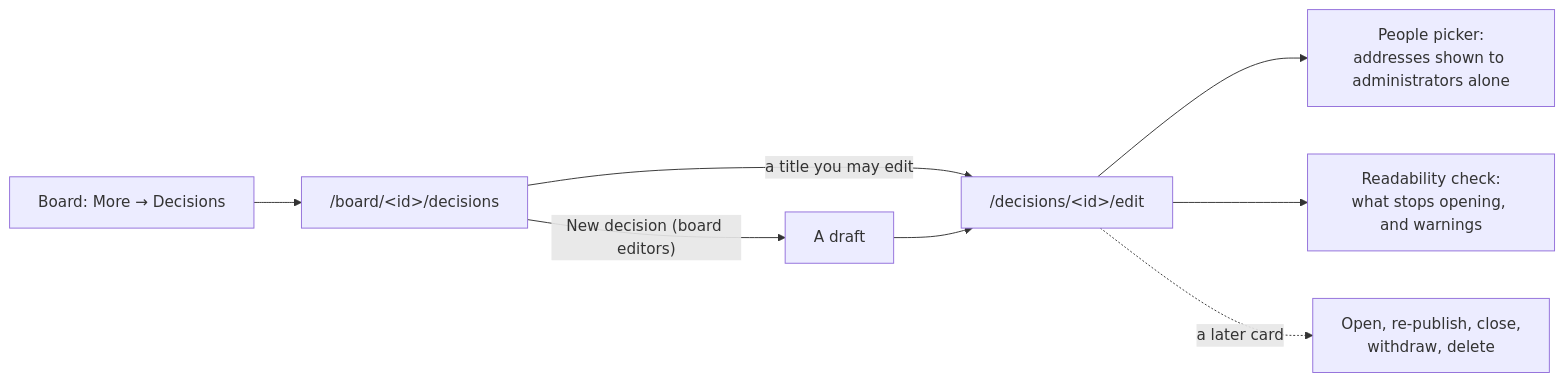
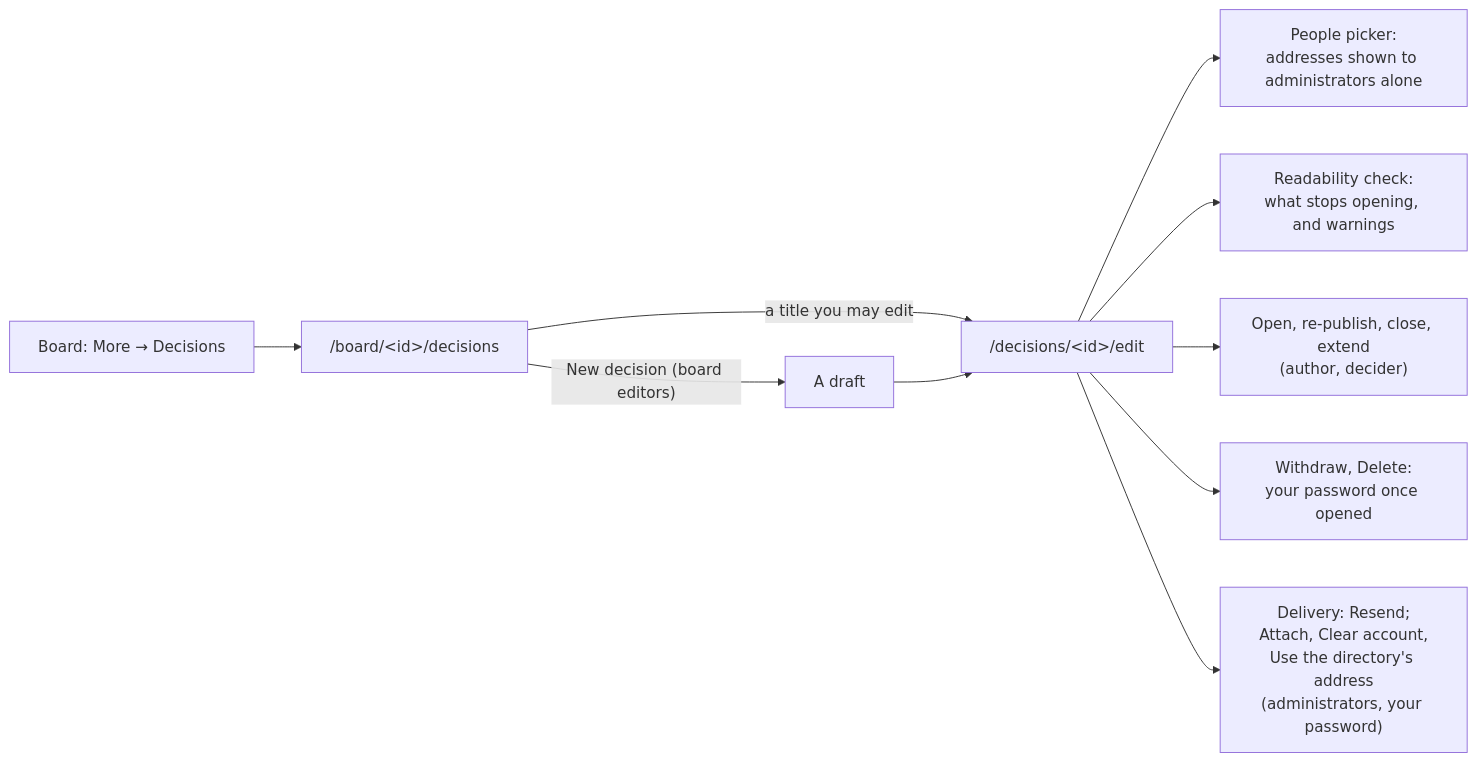
The tenth of 16 diagrams in docs/admin-guide.md (gitBoon/DumpFire), drawn with Mermaid before and after one commit. The commit also changed other lines of this file and 60 other files, not shown here.

````diff
--- a/docs/admin-guide.md
+++ b/docs/admin-guide.md
@@ -474,10 +481,12 @@
 ```mermaid
 flowchart LR
     Board["Board: More → Decisions"] --> List["/board/&lt;id&gt;/decisions"]
     List -->|"New decision (board editors)"| Draft["A draft"]
     List -->|"a title you may edit"| Editor["/decisions/&lt;id&gt;/edit"]
     Draft --> Editor
     Editor --> Picker["People picker:<br/>addresses shown to administrators alone"]
     Editor --> Ready["Readability check:<br/>what stops opening, and warnings"]
-    Editor -.->|"a later card"| Open["Open, re-publish, close,<br/>withdraw, delete"]
+    Editor --> Open["Open, re-publish, close, extend<br/>(author, decider)"]
+    Editor --> Ends["Withdraw, Delete:<br/>your password once opened"]
+    Editor --> Delivery["Delivery: Resend;<br/>Attach, Clear account,<br/>Use the directory's address<br/>(administrators, your password)"]
 ```
````
